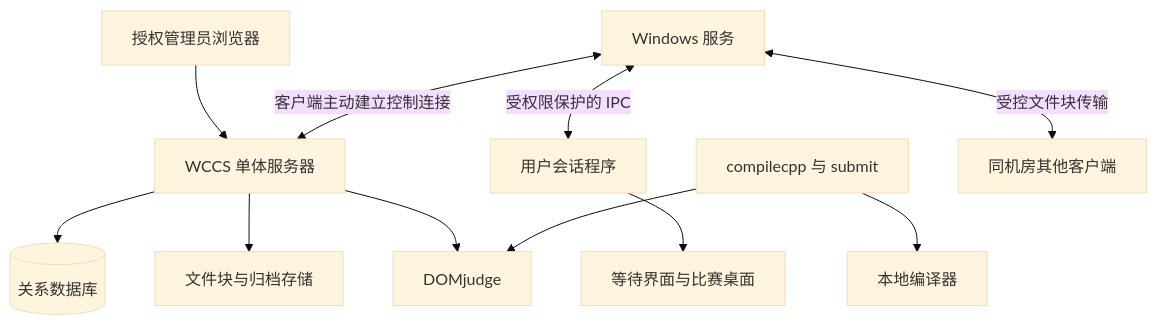
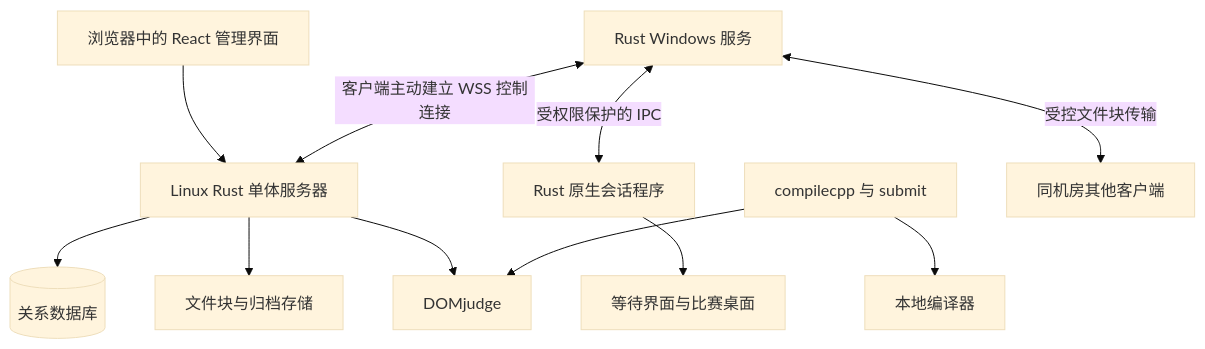
Before and after one commit to luanmenglei/WCCS: the diagram in docs/architecture.md, drawn with Mermaid (base theme). The commit also changed other lines of this file and 12 other files, not shown here.

Commit message:
docs(architecture): adopt Linux Rust stack and web delivery constraints

````diff
--- a/docs/architecture.md
+++ b/docs/architecture.md
@@ -7,13 +7,13 @@
 ```mermaid
 flowchart TB
-    Browser[授权管理员浏览器] --> Server[WCCS 单体服务器]
+    Browser[浏览器中的 React 管理界面] --> Server[Linux Rust 单体服务器]
     Server --> Database[(关系数据库)]
     Server --> Files[文件块与归档存储]
     Server --> Judge[DOMjudge]
-    Agent[Windows 服务] <-->|客户端主动建立控制连接| Server
-    Agent <-->|受权限保护的 IPC| Session[用户会话程序]
+    Agent[Rust Windows 服务] <-->|客户端主动建立 WSS 控制连接| Server
+    Agent <-->|受权限保护的 IPC| Session[Rust 原生会话程序]
     Session --> Desktop[等待界面与比赛桌面]
     Cli[compilecpp 与 submit] --> Compiler[本地编译器]
     Cli --> Judge
     Agent <-->|受控文件块传输| Peer[同机房其他客户端]
 ```
````
